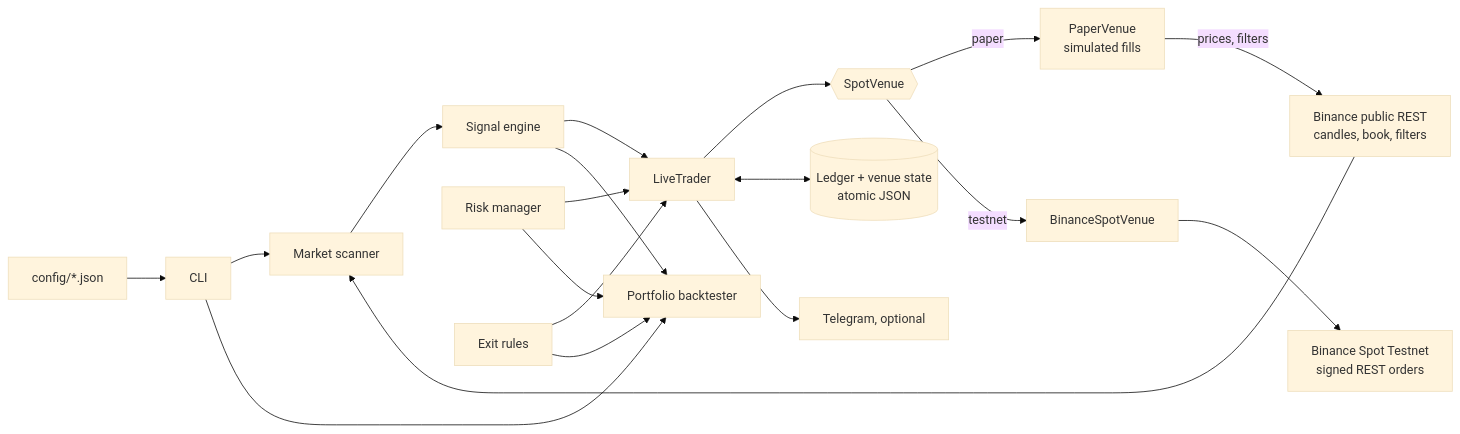
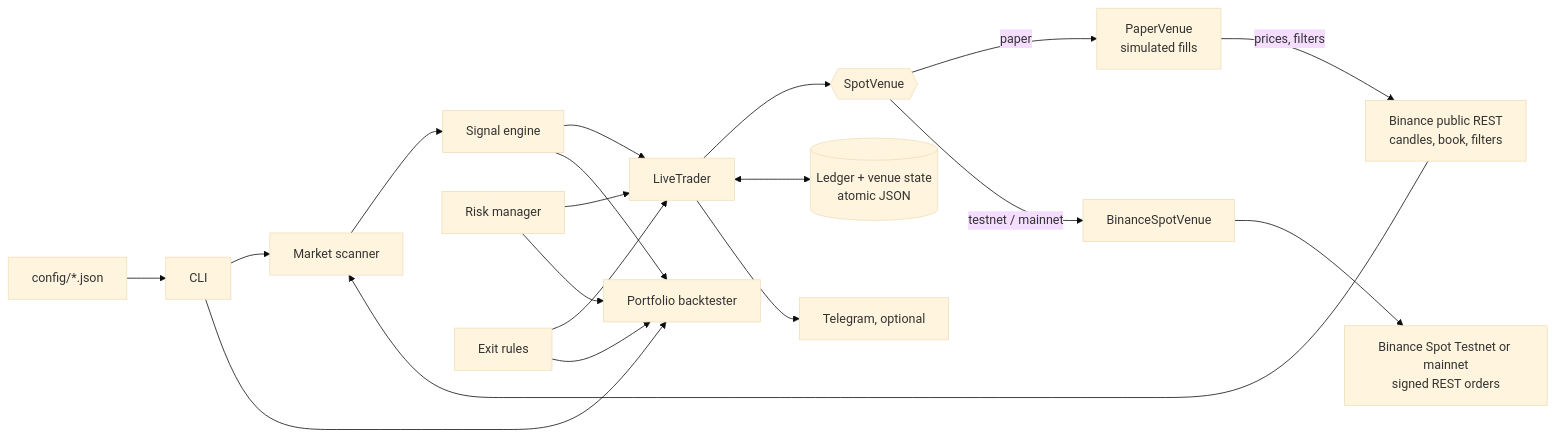
The first of 2 diagrams in ARCHITECTURE.md (Mohit1011519/crypto-ai-trader), drawn with Mermaid (base theme) before and after one commit. The commit also changed other lines of this file and 23 other files, not shown here.

````diff
--- a/ARCHITECTURE.md
+++ b/ARCHITECTURE.md
@@ -25,27 +29,27 @@
 ```mermaid
 flowchart LR
     Config[config/*.json]
     Public[Binance public REST<br/>candles, book, filters]
-    Testnet[Binance Spot Testnet<br/>signed REST orders]
+    Testnet[Binance Spot Testnet or mainnet<br/>signed REST orders]
     State[(Ledger + venue state<br/>atomic JSON)]
     Alerts[Telegram, optional]
 
     Config --> CLI[CLI]
     CLI --> Scanner[Market scanner]
     Public --> Scanner
     Scanner --> Signals[Signal engine]
     Signals --> Trader[LiveTrader]
     Risk[Risk manager] --> Trader
     Exits[Exit rules] --> Trader
     Trader --> Venue{{SpotVenue}}
     Venue -->|paper| PaperVenue[PaperVenue<br/>simulated fills]
-    Venue -->|testnet| BinanceVenue[BinanceSpotVenue]
+    Venue -->|testnet / mainnet| BinanceVenue[BinanceSpotVenue]
     PaperVenue -->|prices, filters| Public
     BinanceVenue --> Testnet
     Trader <--> State
     Trader --> Alerts
     CLI --> Backtester[Portfolio backtester]
     Signals --> Backtester
     Risk --> Backtester
     Exits --> Backtester
 ```
````
